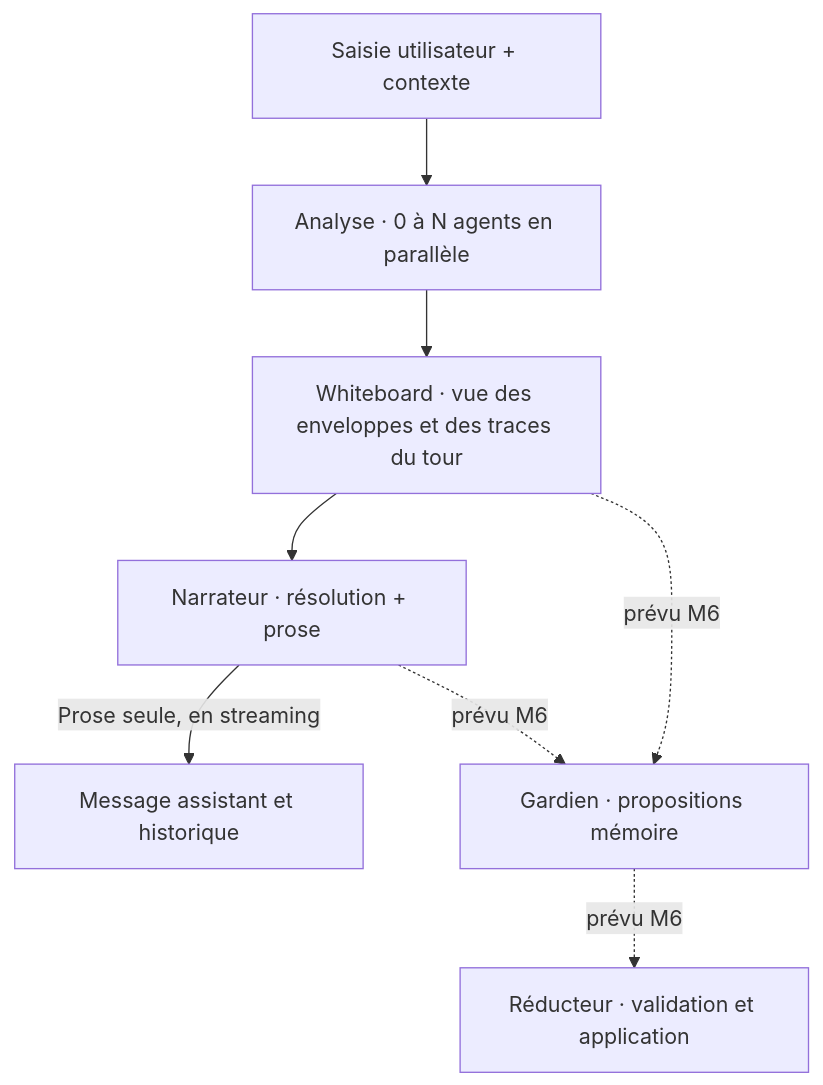
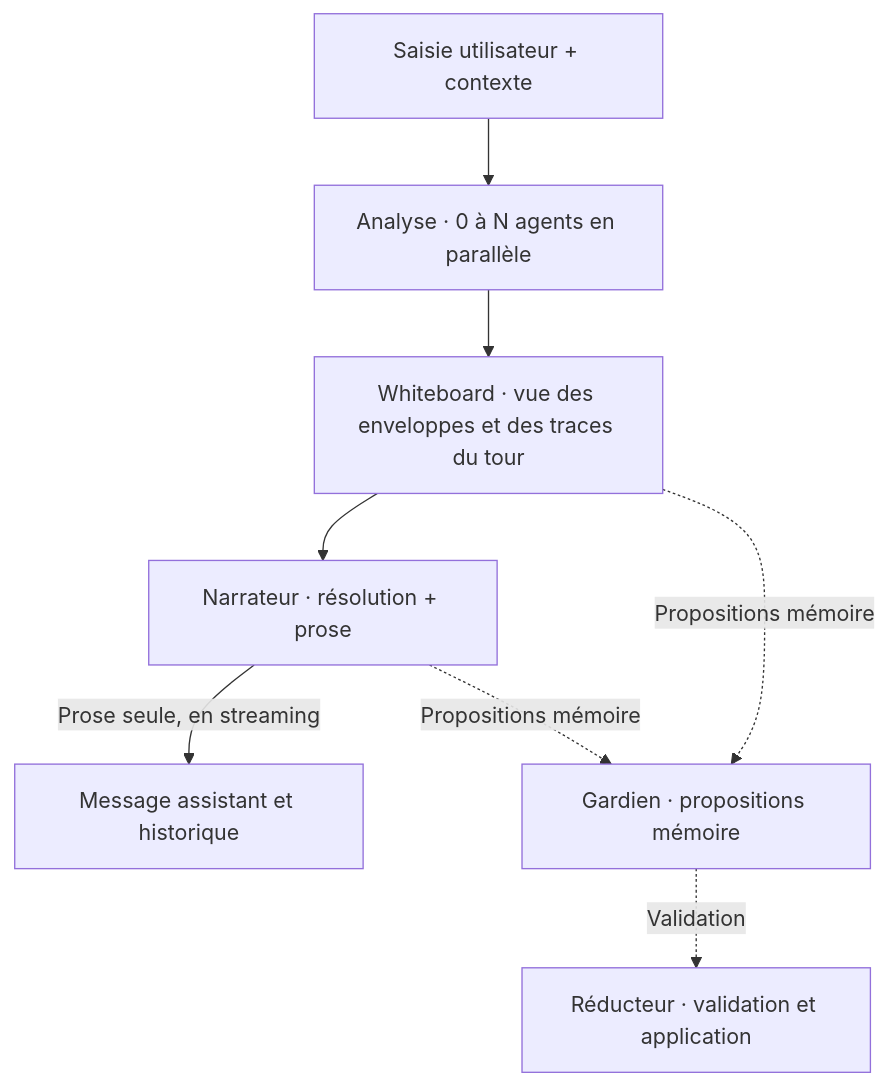
The diagram in README.md (samkeller/choral-writer), drawn with Mermaid before and after one commit.

Commit message:
Update README.md: refine memory proposal descriptions in flowchart

````diff
--- a/README.md
+++ b/README.md
@@ -6,10 +6,10 @@
 ```mermaid
 flowchart TD
     U["Saisie utilisateur + contexte"] --> A["Analyse · 0 à N agents en parallèle"]
     A --> W["Whiteboard · vue des enveloppes et des traces du tour"]
     W --> N["Narrateur · résolution + prose"]
     N -->|Prose seule, en streaming| C["Message assistant et historique"]
-    W -.->|prévu M6| G["Gardien · propositions mémoire"]
-    N -.->|prévu M6| G
-    G -.->|prévu M6| R["Réducteur · validation et application"]
+    W -.->|Propositions mémoire| G["Gardien · propositions mémoire"]
+    N -.->|Propositions mémoire| G
+    G -.->|Validation| R["Réducteur · validation et application"]
 ```
````
